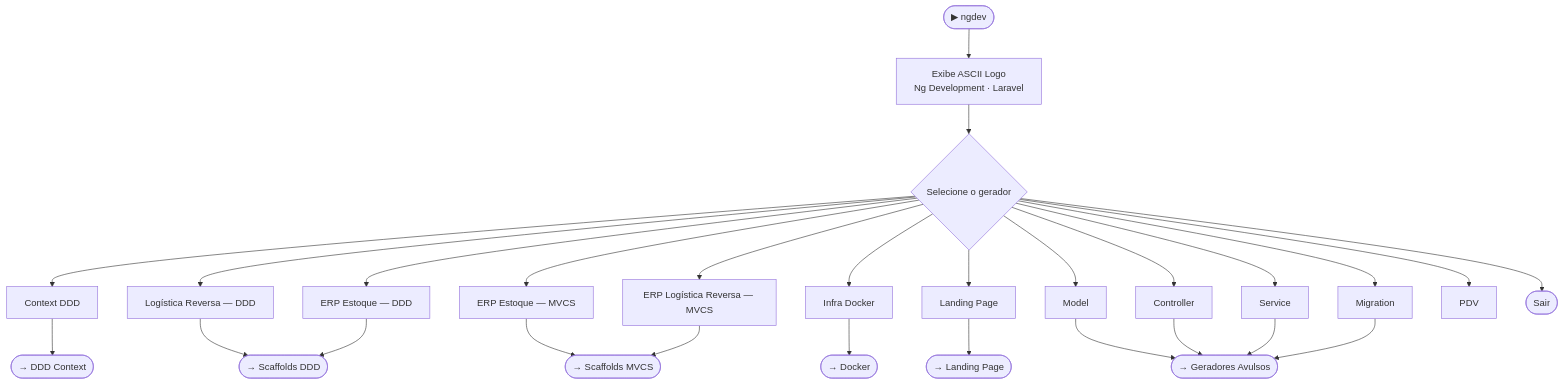
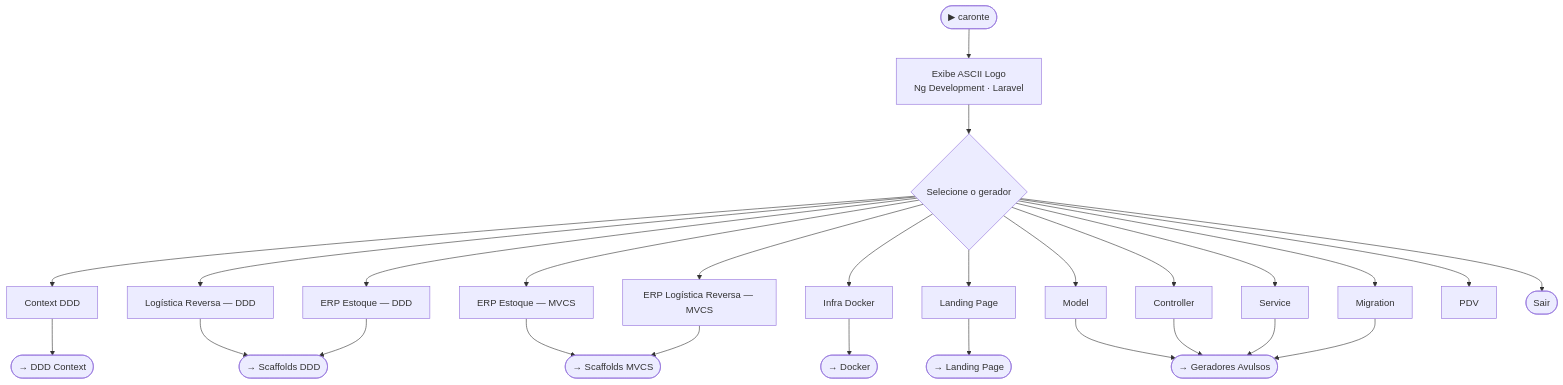
One commit to NicholasGDev/ngdev-laravel changed the first of 7 diagrams in README.md. Above: the diagram before and after it, drawn with Mermaid. The commit also changed other lines of this file and 16 other files, not shown here.

Commit message:
refactor: rename ngdev to caronte across the project for rebranding

````diff
--- a/README.md
+++ b/README.md
@@ -145,26 +145,26 @@
 ```mermaid
 flowchart TD
-    START([▶ ngdev]) --> LOGO[Exibe ASCII Logo\nNg Development · Laravel]
+    START([▶ caronte]) --> LOGO[Exibe ASCII Logo\nNg Development · Laravel]
     LOGO --> MENU{Selecione o gerador}
 
     MENU --> G1[Context DDD]
     MENU --> G2[Logística Reversa — DDD]
     MENU --> G3[ERP Estoque — DDD]
     MENU --> G4[ERP Estoque — MVCS]
     MENU --> G5[ERP Logística Reversa — MVCS]
     MENU --> G6[Infra Docker]
     MENU --> G7[Landing Page]
     MENU --> G8[Model]
     MENU --> G9[Controller]
     MENU --> G10[Service]
     MENU --> G11[Migration]
     MENU --> G12[PDV]
     MENU --> EXIT([Sair])
 
     G1 --> CTX([→ DDD Context])
     G2 & G3 --> DDD([→ Scaffolds DDD])
     G4 & G5 --> MVCS([→ Scaffolds MVCS])
     G6 --> DOC([→ Docker])
     G7 --> LP([→ Landing Page])
     G8 & G9 & G10 & G11 --> ART([→ Geradores Avulsos])
 ```
````
